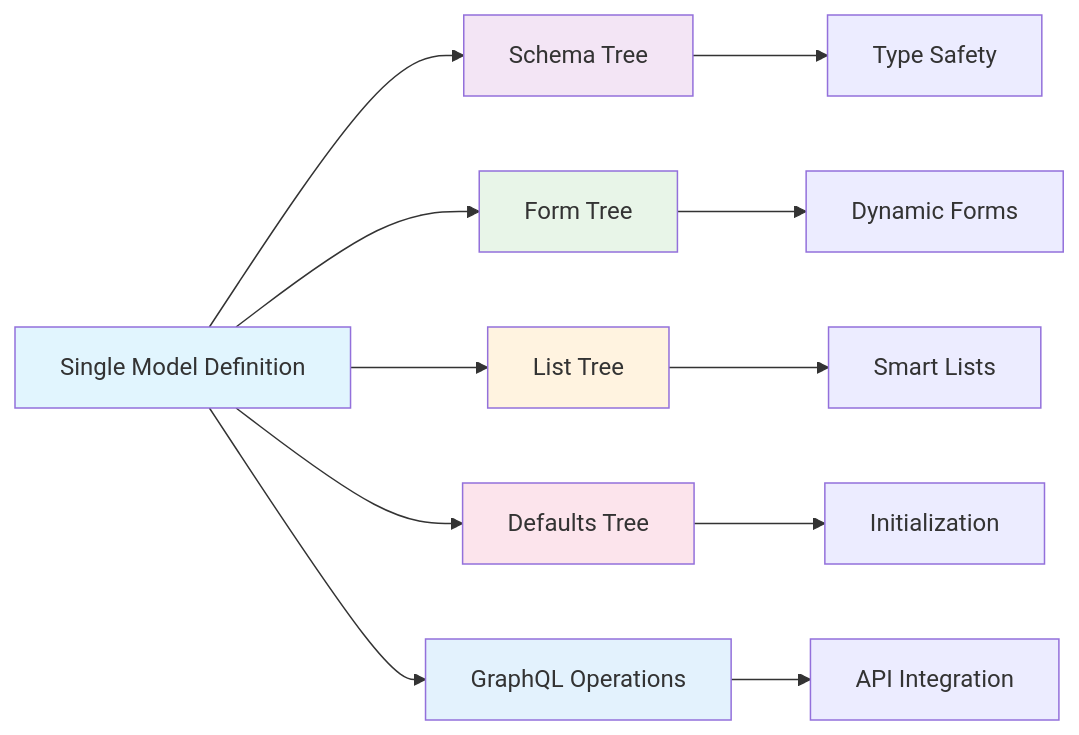
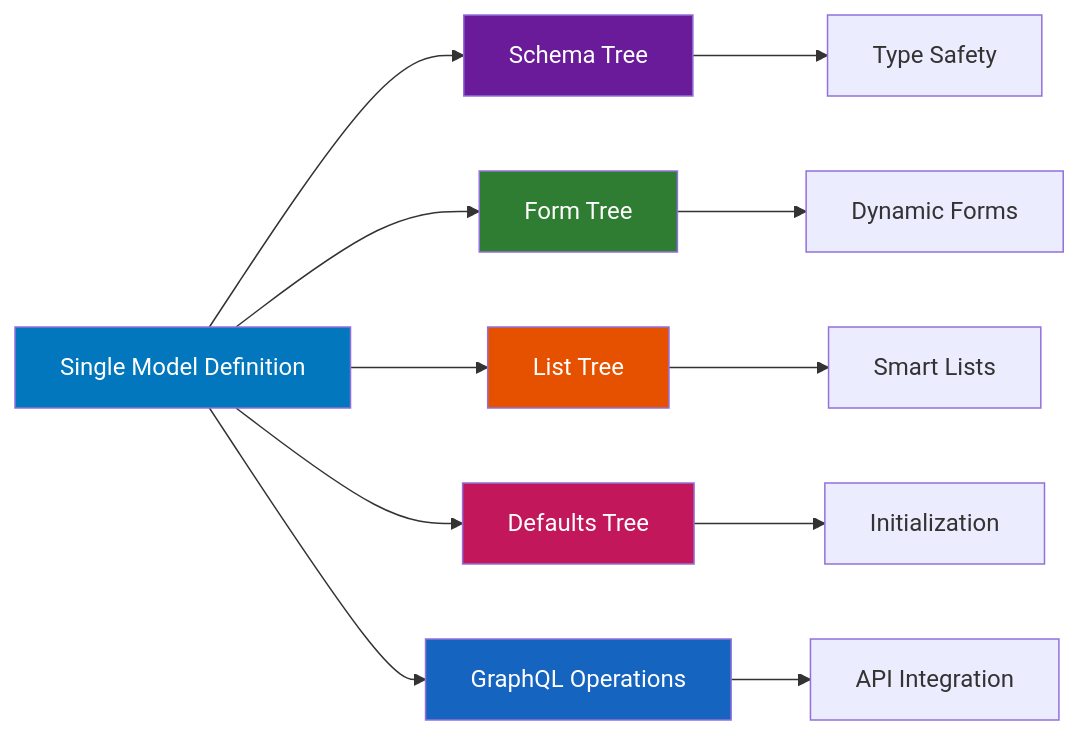
One commit to IEA-Paris/trees changed the first of 2 diagrams in readme.md. Above: the diagram before and after it, drawn with Mermaid. The commit also changed other lines of this file and 2 other files, not shown here.

Commit message:
fix: contrast on readme mermaid diagrams

````diff
--- a/readme.md
+++ b/readme.md
@@ -23,21 +23,21 @@
 ```mermaid
 graph LR
     A[Single Model Definition] --> B[Schema Tree]
     A --> C[Form Tree]
     A --> D[List Tree]
     A --> E[Defaults Tree]
     A --> F[GraphQL Operations]
 
     B --> G[Type Safety]
     C --> H[Dynamic Forms]
     D --> I[Smart Lists]
     E --> J[Initialization]
     F --> K[API Integration]
 
-    style A fill:#e1f5fe
-    style B fill:#f3e5f5
-    style C fill:#e8f5e8
-    style D fill:#fff3e0
-    style E fill:#fce4ec
-    style F fill:#e3f2fd
+    style A fill:#0277bd,color:#fff
+    style B fill:#6a1b9a,color:#fff
+    style C fill:#2e7d32,color:#fff
+    style D fill:#e65100,color:#fff
+    style E fill:#c2185b,color:#fff
+    style F fill:#1565c0,color:#fff
 ```
````
